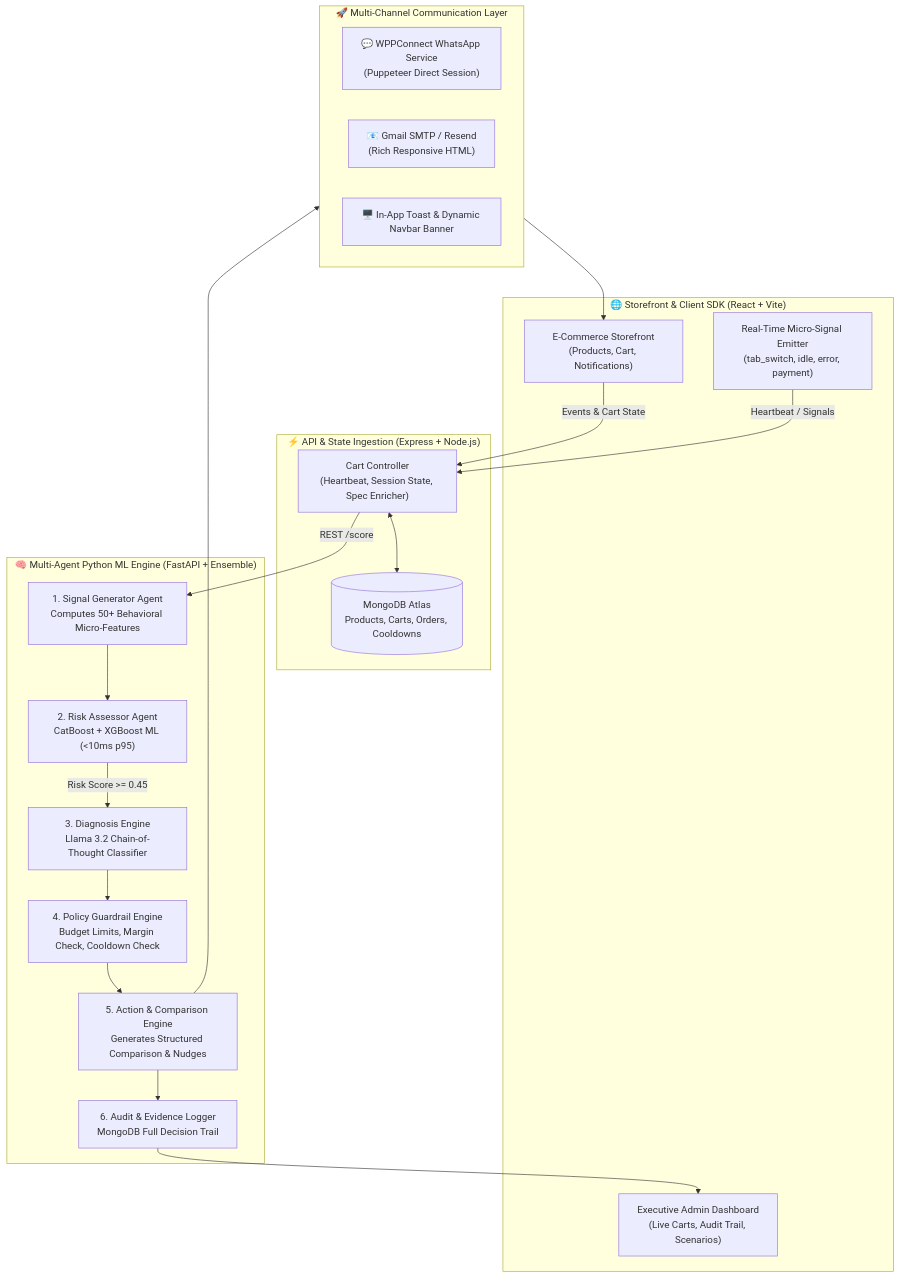
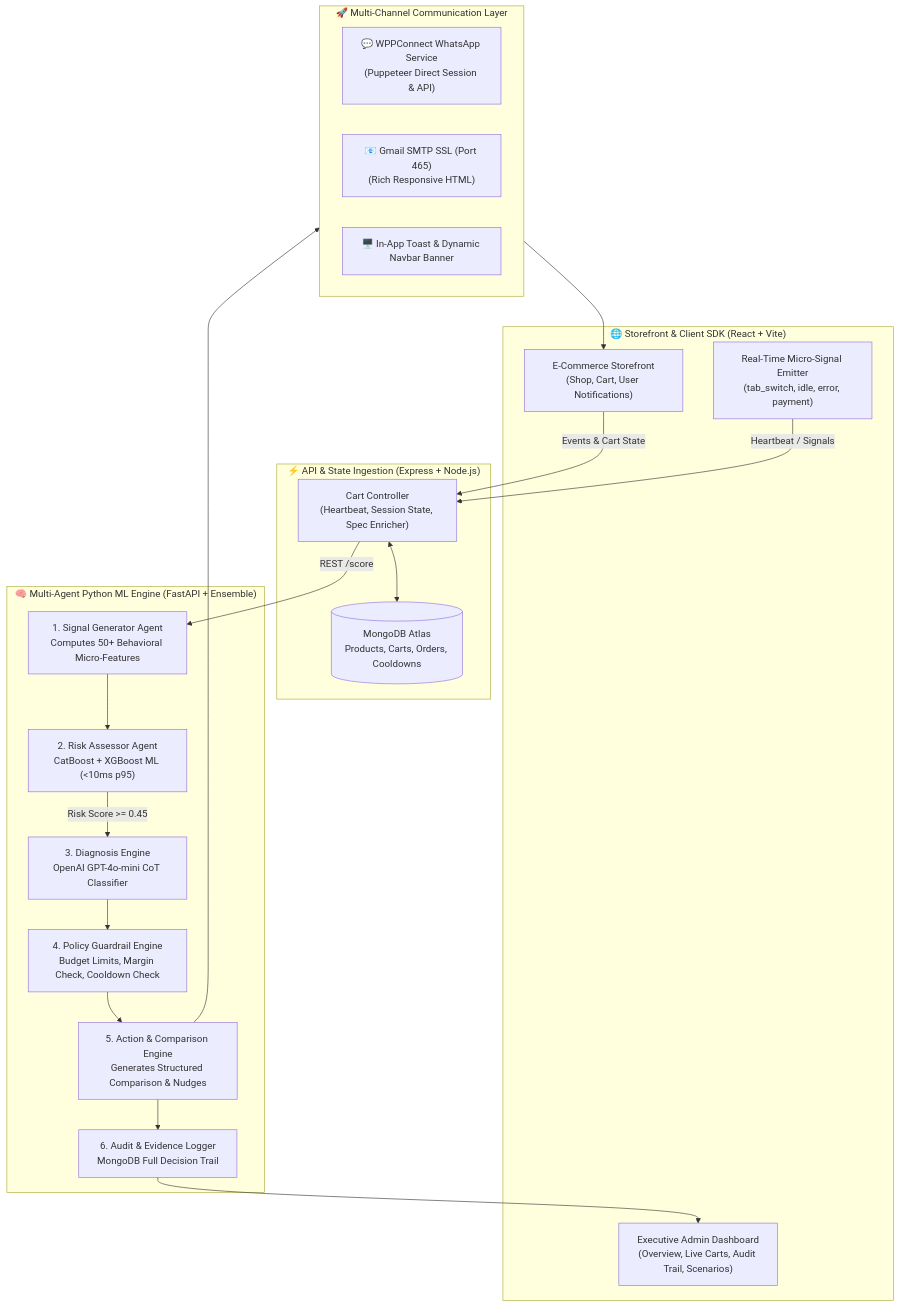
Before and after one commit to maheshgutha/cartguard-AI: the second of 2 diagrams in README.md, drawn with Mermaid. The commit also changed other lines of this file, not shown here.

Commit message:
docs: update README with OpenAI GPT LLM provider, live cloud URLs, and WPPConnect features

````diff
--- a/README.md
+++ b/README.md
@@ -84,41 +85,41 @@
 ```mermaid
 flowchart TD
     subgraph Storefront ["🌐 Storefront & Client SDK (React + Vite)"]
-        UI["E-Commerce Storefront<br/>(Products, Cart, Notifications)"]
+        UI["E-Commerce Storefront<br/>(Shop, Cart, User Notifications)"]
         Tele["Real-Time Micro-Signal Emitter<br/>(tab_switch, idle, error, payment)"]
-        Admin["Executive Admin Dashboard<br/>(Live Carts, Audit Trail, Scenarios)"]
+        Admin["Executive Admin Dashboard<br/>(Overview, Live Carts, Audit Trail, Scenarios)"]
     end
 
     subgraph Server ["⚡ API & State Ingestion (Express + Node.js)"]
         CartCtrl["Cart Controller<br/>(Heartbeat, Session State, Spec Enricher)"]
         DB[(MongoDB Atlas<br/>Products, Carts, Orders, Cooldowns)]
     end
 
     subgraph Brain ["🧠 Multi-Agent Python ML Engine (FastAPI + Ensemble)"]
         SignalAgent["1. Signal Generator Agent<br/>Computes 50+ Behavioral Micro-Features"]
         RiskAgent["2. Risk Assessor Agent<br/>CatBoost + XGBoost ML (<10ms p95)"]
-        DiagnosisAgent["3. Diagnosis Engine<br/>Llama 3.2 Chain-of-Thought Classifier"]
+        DiagnosisAgent["3. Diagnosis Engine<br/>OpenAI GPT-4o-mini CoT Classifier"]
         PolicyAgent["4. Policy Guardrail Engine<br/>Budget Limits, Margin Check, Cooldown Check"]
         ActionAgent["5. Action & Comparison Engine<br/>Generates Structured Comparison & Nudges"]
         AuditService["6. Audit & Evidence Logger<br/>MongoDB Full Decision Trail"]
     end
 
     subgraph Channels ["🚀 Multi-Channel Communication Layer"]
-        WPP["💬 WPPConnect WhatsApp Service<br/>(Puppeteer Direct Session)"]
-        SMTP["📧 Gmail SMTP / Resend<br/>(Rich Responsive HTML)"]
+        WPP["💬 WPPConnect WhatsApp Service<br/>(Puppeteer Direct Session & API)"]
+        SMTP["📧 Gmail SMTP SSL (Port 465)<br/>(Rich Responsive HTML)"]
         InApp["🖥️ In-App Toast & Dynamic Navbar Banner"]
     end
 
     UI -->|Events & Cart State| CartCtrl
     Tele -->|Heartbeat / Signals| CartCtrl
     CartCtrl <--> DB
     CartCtrl -->|REST /score| SignalAgent
     SignalAgent --> RiskAgent
     RiskAgent -->|Risk Score >= 0.45| DiagnosisAgent
     DiagnosisAgent --> PolicyAgent
     PolicyAgent --> ActionAgent
     ActionAgent --> AuditService
     ActionAgent --> Channels
     Channels --> UI
     AuditService --> Admin
 ```
````
